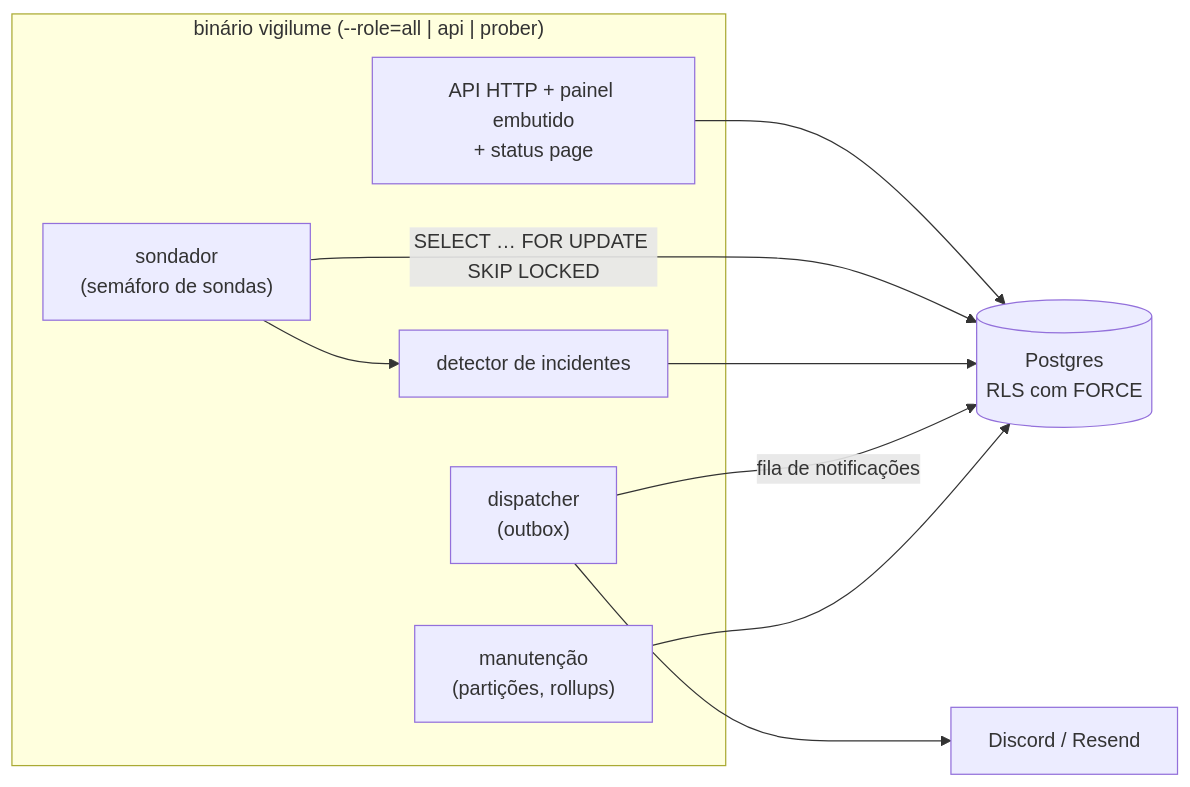
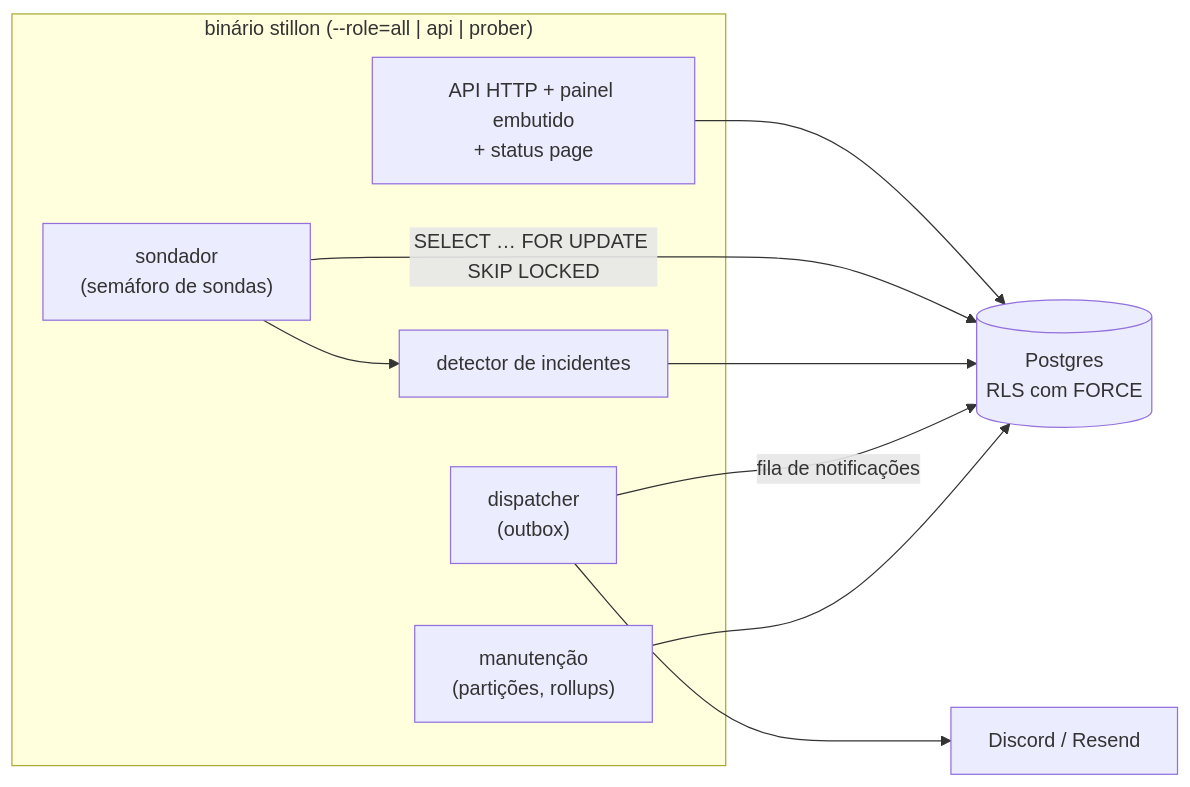
One commit to BipoXDXD/stillon changed the diagram in README.md. Above: the diagram before and after it, drawn with Mermaid. The commit also changed other lines of this file and 38 other files, not shown here.

````diff
--- a/README.md
+++ b/README.md
@@ -66,17 +66,17 @@
 ```mermaid
 flowchart LR
-  subgraph bin["binário vigilume (--role=all | api | prober)"]
+  subgraph bin["binário stillon (--role=all | api | prober)"]
     api["API HTTP + painel embutido<br/>+ status page"]
     sond["sondador<br/>(semáforo de sondas)"]
     det["detector de incidentes"]
     disp["dispatcher<br/>(outbox)"]
     man["manutenção<br/>(partições, rollups)"]
   end
   pg[("Postgres<br/>RLS com FORCE")]
   api --> pg
   sond -- "SELECT … FOR UPDATE SKIP LOCKED" --> pg
   sond --> det --> pg
   disp -- "fila de notificações" --> pg
   disp --> ext["Discord / Resend"]
   man --> pg
 ```
````
